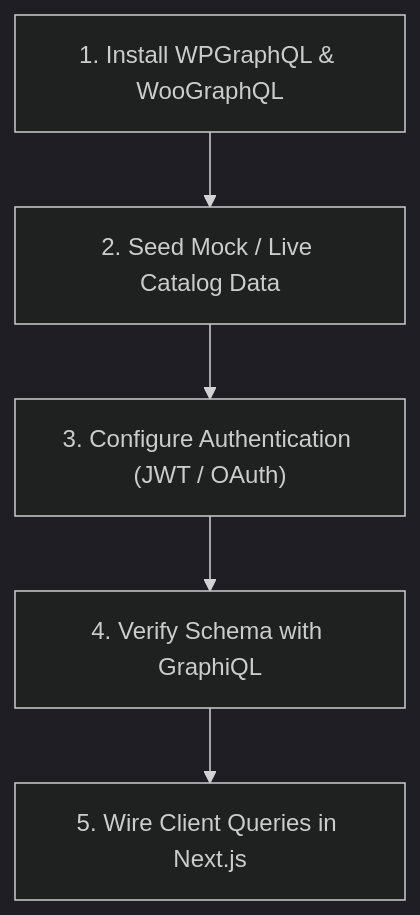
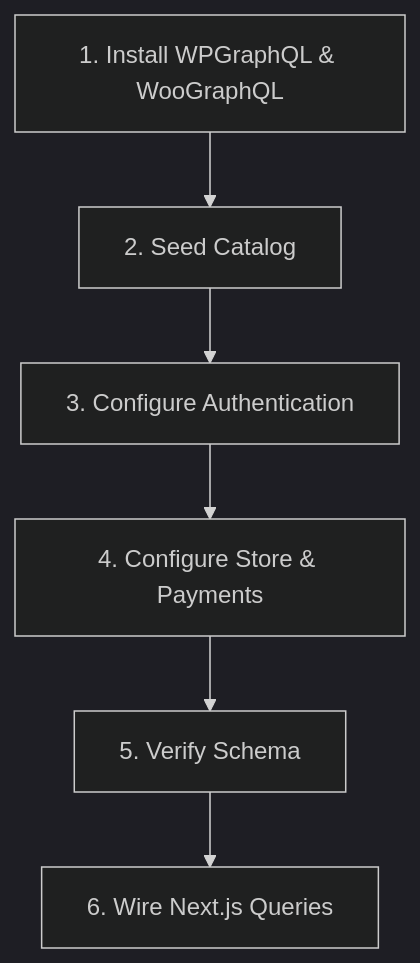
One commit to BIGboss248/nextjs-wordpress changed the diagram in .agents/skills/headless-woocommerce-api/SKILL.md. Above: the diagram before and after it, drawn with Mermaid (dark theme). The commit also changed other lines of this file and 14 other files, not shown here.

````diff
--- a/.agents/skills/headless-woocommerce-api/SKILL.md
+++ b/.agents/skills/headless-woocommerce-api/SKILL.md
@@ -24,7 +41,8 @@
 ```mermaid
 flowchart TD
-    S1["1. Install WPGraphQL & WooGraphQL"] --> S2["2. Seed Mock / Live Catalog Data"]
-    S2 --> S3["3. Configure Authentication (JWT / OAuth)"]
-    S3 --> S4["4. Verify Schema with GraphiQL"]
-    S4 --> S5["5. Wire Client Queries in Next.js"]
+    S1["1. Install WPGraphQL & WooGraphQL"] --> S2["2. Seed Catalog"]
+    S2 --> S3["3. Configure Authentication"]
+    S3 --> S4["4. Configure Store & Payments"]
+    S4 --> S5["5. Verify Schema"]
+    S5 --> S6["6. Wire Next.js Queries"]
 ```
````
